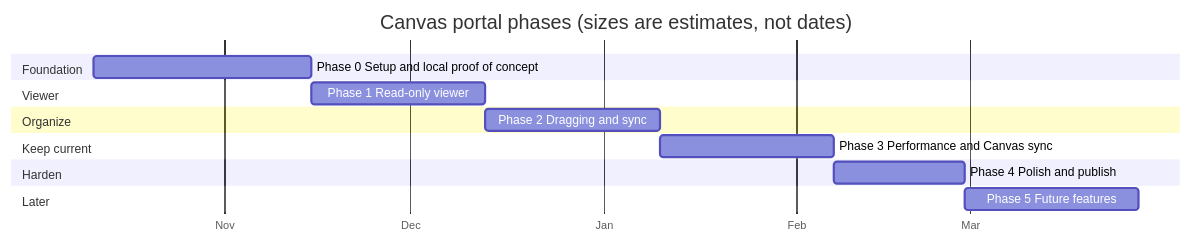
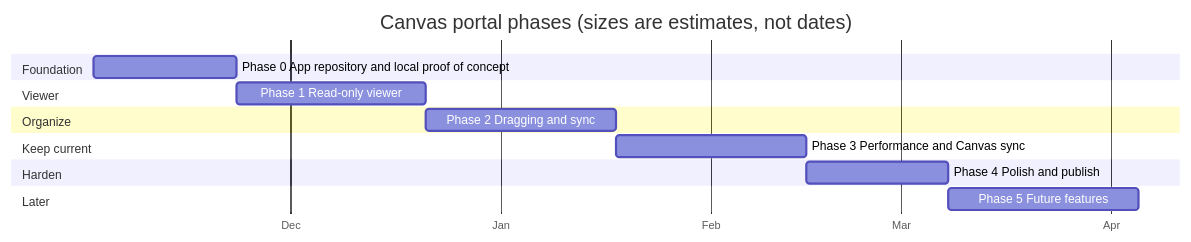
The diagram in docs/canvas-portal/01-roadmap.md (bbranton/TestProj), drawn with Mermaid before and after one commit. The commit also changed other lines of this file and 5 other files, not shown here.

First line of the commit message:
Roadmap: reorder Phase 0 to the Team Lead's four steps; a new Team Lead runs Phase 0 (#169)

````diff
--- a/docs/canvas-portal/01-roadmap.md
+++ b/docs/canvas-portal/01-roadmap.md
@@ -21,18 +21,18 @@
 ```mermaid
 gantt
     title Canvas portal phases (sizes are estimates, not dates)
     dateFormat  YYYY-MM-DD
     axisFormat  %b
     section Foundation
-    Phase 0 Setup and local proof of concept :p0, 2026-10-11, 35d
+    Phase 0 App repository and local proof of concept :p0, 2026-11-02, 21d
     section Viewer
     Phase 1 Read-only viewer         :p1, after p0, 28d
     section Organize
     Phase 2 Dragging and sync        :p2, after p1, 28d
     section Keep current
     Phase 3 Performance and Canvas sync :p3, after p2, 28d
     section Harden
     Phase 4 Polish and publish       :p4, after p3, 21d
     section Later
     Phase 5 Future features          :p5, after p4, 28d
 ```
````
